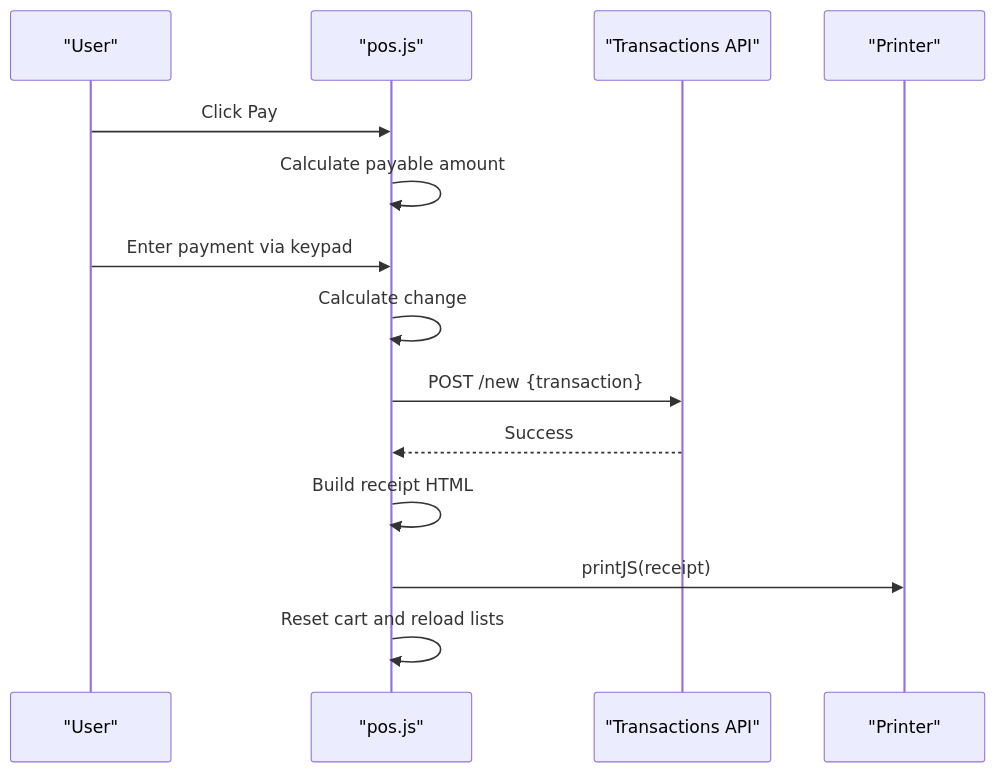
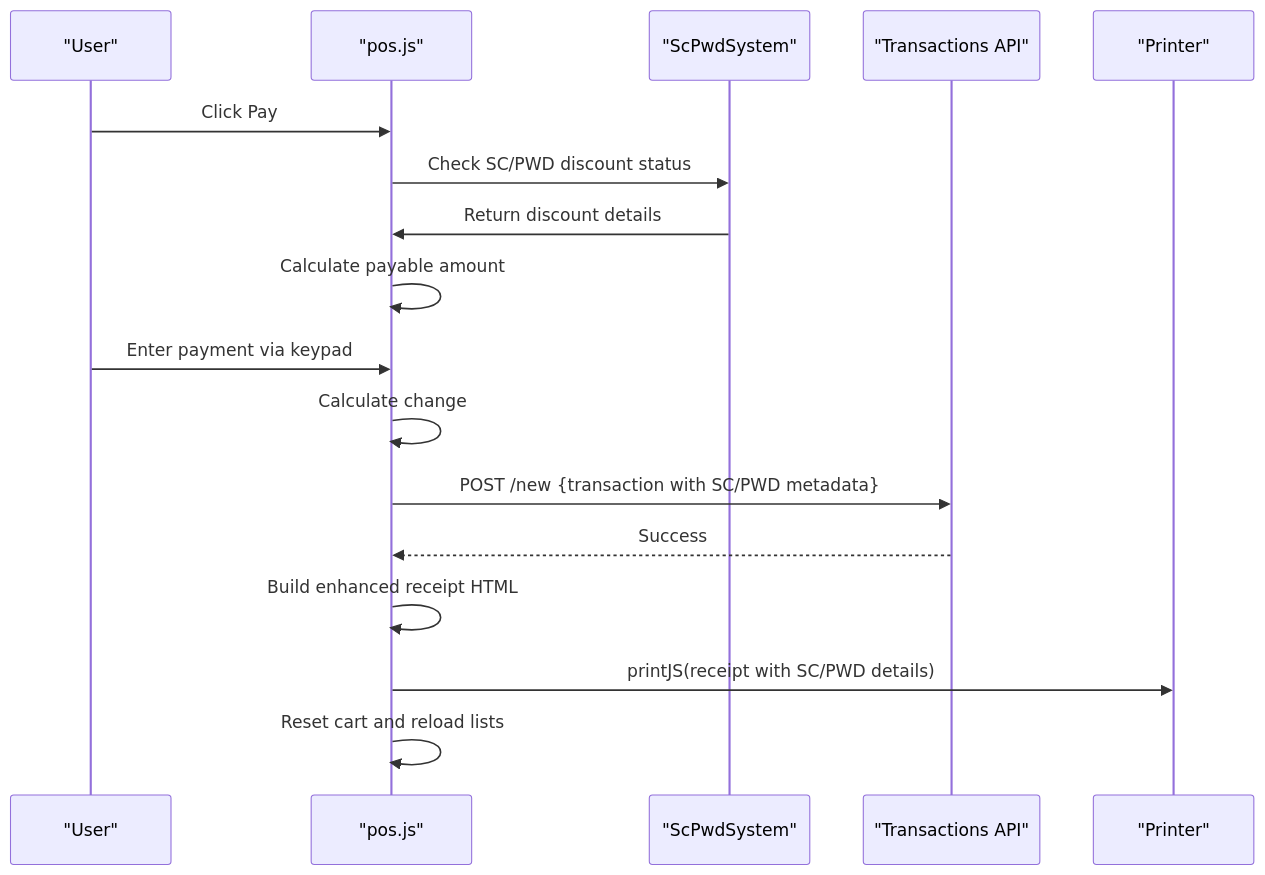
One commit to yosefdc7/PharmaPOS changed the seventh of 14 diagrams in .qoder/repowiki/en/content/Frontend Interface/Point-of-Sale Interface.md. Above: the diagram before and after it, drawn with Mermaid. The commit also changed other lines of this file and 11 other files, not shown here.

````diff
--- a/.qoder/repowiki/en/content/Frontend Interface/Point-of-Sale Interface.md
+++ b/.qoder/repowiki/en/content/Frontend Interface/Point-of-Sale Interface.md
@@ -235,16 +305,19 @@
 ```mermaid
 sequenceDiagram
 participant User as "User"
 participant POS as "pos.js"
+participant SC as "ScPwdSystem"
 participant API as "Transactions API"
 participant Printer as "Printer"
 User->>POS : Click Pay
+POS->>SC : Check SC/PWD discount status
+SC->>POS : Return discount details
 POS->>POS : Calculate payable amount
 User->>POS : Enter payment via keypad
 POS->>POS : Calculate change
-POS->>API : POST /new {transaction}
+POS->>API : POST /new {transaction with SC/PWD metadata}
 API-->>POS : Success
-POS->>POS : Build receipt HTML
-POS->>Printer : printJS(receipt)
+POS->>POS : Build enhanced receipt HTML
+POS->>Printer : printJS(receipt with SC/PWD details)
 POS->>POS : Reset cart and reload lists
 ```
````
